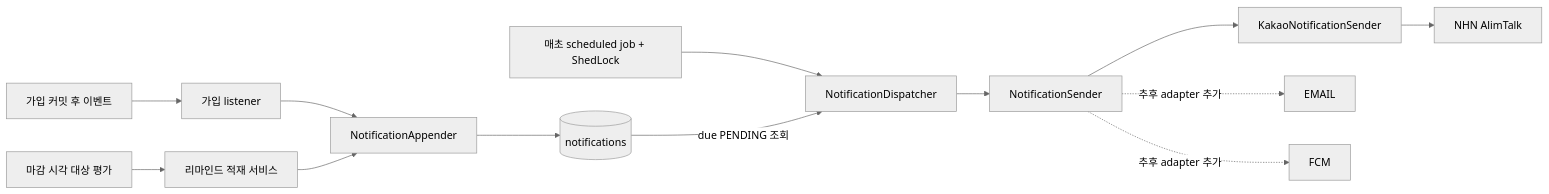
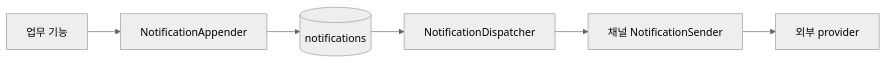
One commit to Let-s-intern/ogonggo-BE changed the diagram in docs/architecture/notification-extension-guide.md. Above: the diagram before and after it, drawn with Mermaid (neutral theme). The commit also changed other lines of this file and 2 other files, not shown here.

````diff
--- a/docs/architecture/notification-extension-guide.md
+++ b/docs/architecture/notification-extension-guide.md
@@ -13,15 +17,8 @@
 ```mermaid
 flowchart LR
-    Signup[가입 커밋 후 이벤트] --> SignupListener[가입 listener]
-    Reminder[마감 시각 대상 평가] --> ReminderEnqueue[리마인드 적재 서비스]
-    SignupListener --> Appender[NotificationAppender]
-    ReminderEnqueue --> Appender
+    Business[업무 기능] --> Appender[NotificationAppender]
     Appender --> DB[(notifications)]
-    Scheduled[매초 scheduled job + ShedLock] --> Dispatcher[NotificationDispatcher]
-    DB -->|due PENDING 조회| Dispatcher
-    Dispatcher --> Sender[NotificationSender]
-    Sender --> Kakao[KakaoNotificationSender]
-    Kakao --> NHN[NHN AlimTalk]
-    Sender -. 추후 adapter 추가 .-> Email[EMAIL]
-    Sender -. 추후 adapter 추가 .-> FCM[FCM]
+    DB --> Dispatcher[NotificationDispatcher]
+    Dispatcher --> Sender[채널 NotificationSender]
+    Sender --> Provider[외부 provider]
 ```
````
